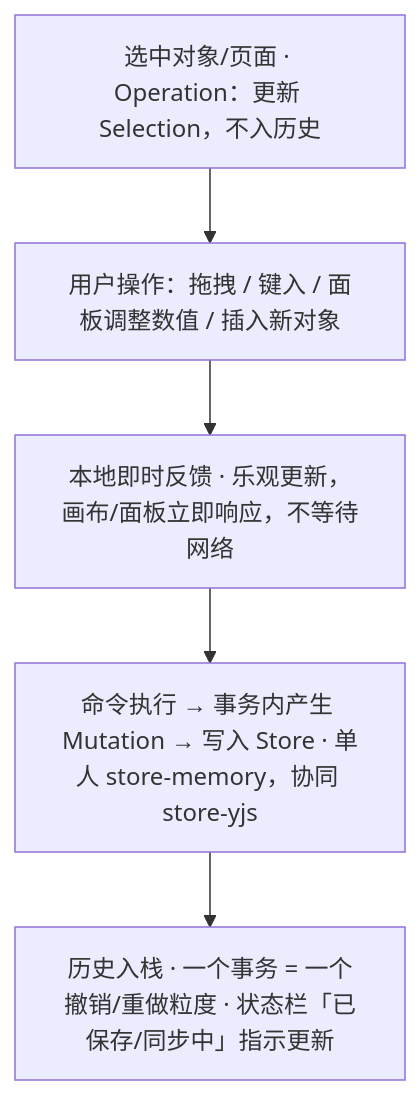
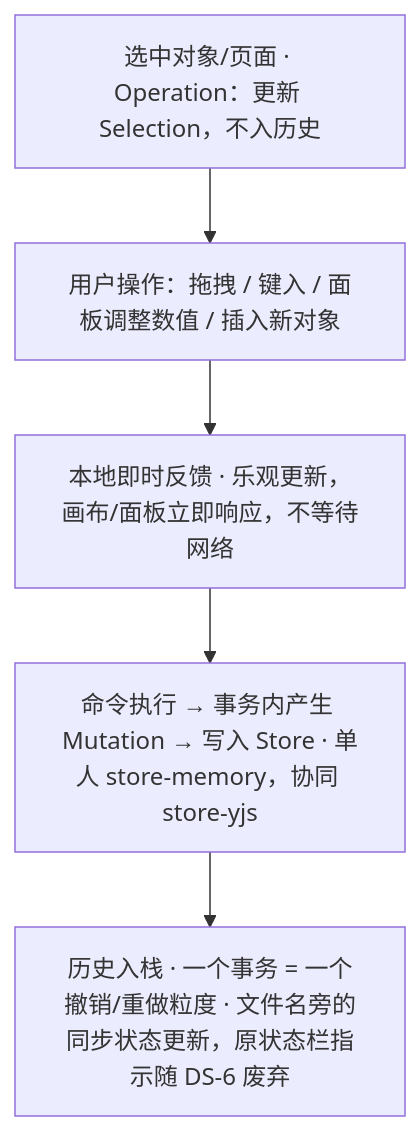
One commit to Xeonice/cordis-ppt-editor changed the second of 13 diagrams in docs/20-design/02-user-flows.md. Above: the diagram before and after it, drawn with Mermaid. The commit also changed other lines of this file and 44 other files, not shown here.

````diff
--- a/docs/20-design/02-user-flows.md
+++ b/docs/20-design/02-user-flows.md
@@ -72,9 +78,9 @@
 ```mermaid
 flowchart TB
   f2Sel["选中对象/页面 · Operation：更新 Selection，不入历史"]
   f2Act["用户操作：拖拽 / 键入 / 面板调整数值 / 插入新对象"]
   f2Opt["本地即时反馈 · 乐观更新，画布/面板立即响应，不等待网络"]
   f2Cmd["命令执行 → 事务内产生 Mutation → 写入 Store · 单人 store-memory，协同 store-yjs"]
-  f2Hist["历史入栈 · 一个事务 = 一个撤销/重做粒度 · 状态栏「已保存/同步中」指示更新"]
+  f2Hist["历史入栈 · 一个事务 = 一个撤销/重做粒度 · 文件名旁的同步状态更新，原状态栏指示随 DS-6 废弃"]
   f2Sel --> f2Act --> f2Opt --> f2Cmd --> f2Hist
 ```
````
